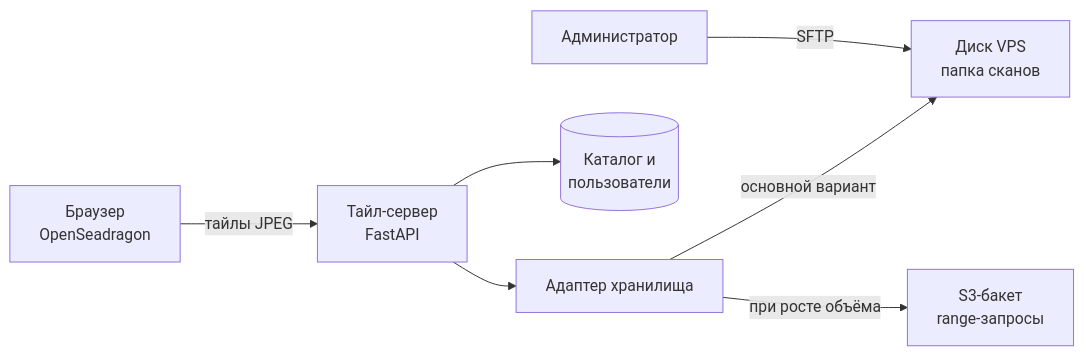
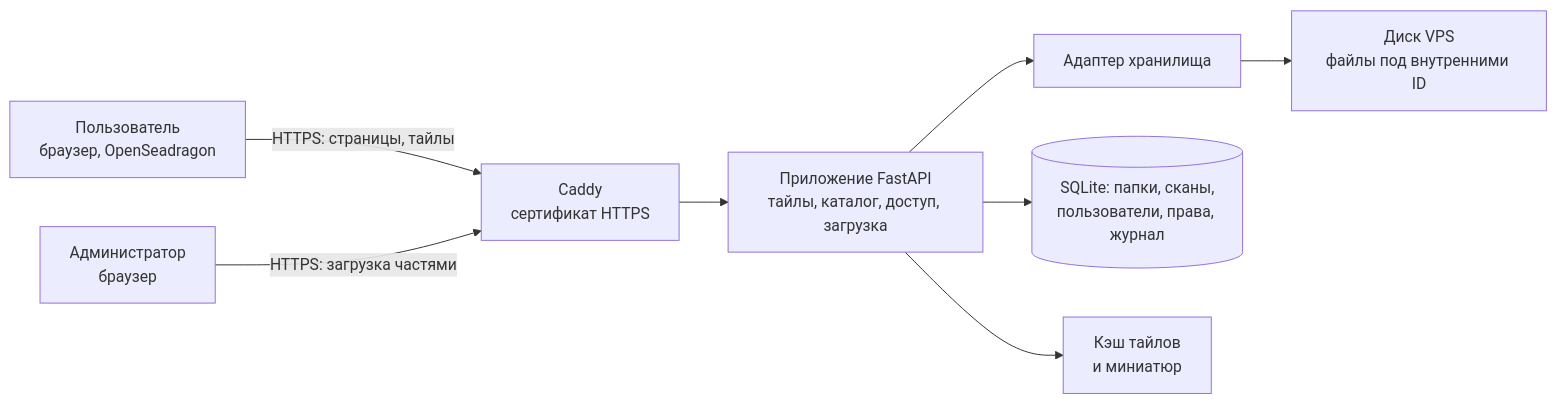
Before and after one commit to sajberex-eng/Viewer-SVS: the diagram in PRD.md, drawn with Mermaid. The commit also changed other lines of this file and 1 other file, not shown here.

First line of the commit message:
ТЗ редакции 3: хранилище сканов, доступ по пользователям, двухэкранный режим

````diff
--- a/PRD.md
+++ b/PRD.md
@@ -66,9 +79,10 @@
 ```mermaid
 flowchart LR
-  B[Браузер<br/>OpenSeadragon] -->|тайлы JPEG| T[Тайл-сервер<br/>FastAPI]
-  T --> A[Адаптер хранилища]
-  A -->|основной вариант| G[Диск VPS<br/>папка сканов]
-  A -->|при росте объёма| S[S3-бакет<br/>range-запросы]
-  T --> D[(Каталог и<br/>пользователи)]
-  L[Администратор] -->|SFTP| G
+  U[Пользователь<br/>браузер, OpenSeadragon] -->|HTTPS: страницы, тайлы| C[Caddy<br/>сертификат HTTPS]
+  A[Администратор<br/>браузер] -->|HTTPS: загрузка частями| C
+  C --> F[Приложение FastAPI<br/>тайлы, каталог, доступ, загрузка]
+  F --> S[Адаптер хранилища]
+  S --> G[Диск VPS<br/>файлы под внутренними ID]
+  F --> D[(SQLite: папки, сканы,<br/>пользователи, права, журнал)]
+  F --> K[Кэш тайлов<br/>и миниатюр]
 ```
````
